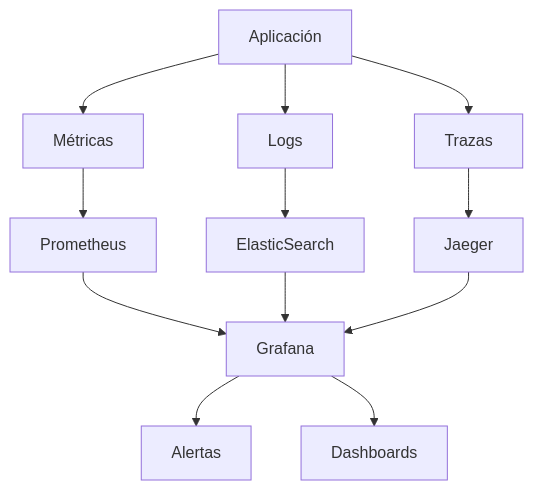
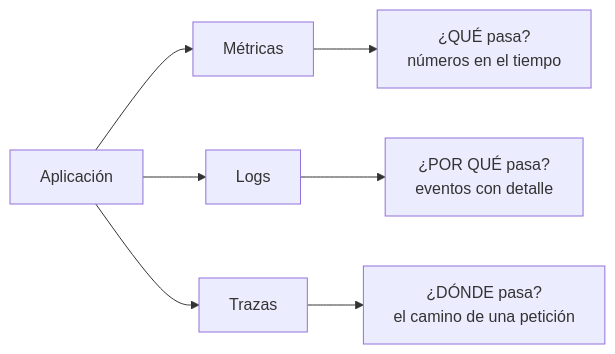
One commit to pabpereza/pabpereza changed the diagram in docs/cursos/devops/203.Monitoreo.md. Above: the diagram before and after it, drawn with Mermaid. The commit also changed other lines of this file and 39 other files, not shown here.

````diff
--- a/docs/cursos/devops/203.Monitoreo.md
+++ b/docs/cursos/devops/203.Monitoreo.md
@@ -19,17 +42,10 @@
 ```mermaid
-graph TB
+graph LR
     A[Aplicación] --> B[Métricas]
     A --> C[Logs]
     A --> D[Trazas]
-    
-    B --> E[Prometheus]
-    C --> F[ElasticSearch]
-    D --> G[Jaeger]
-    
-    E --> H[Grafana]
-    F --> H
-    G --> H
-    
-    H --> I[Alertas]
-    H --> J[Dashboards]
+
+    B --> B1["¿QUÉ pasa?<br/>números en el tiempo"]
+    C --> C1["¿POR QUÉ pasa?<br/>eventos con detalle"]
+    D --> D1["¿DÓNDE pasa?<br/>el camino de una petición"]
 ```
````
